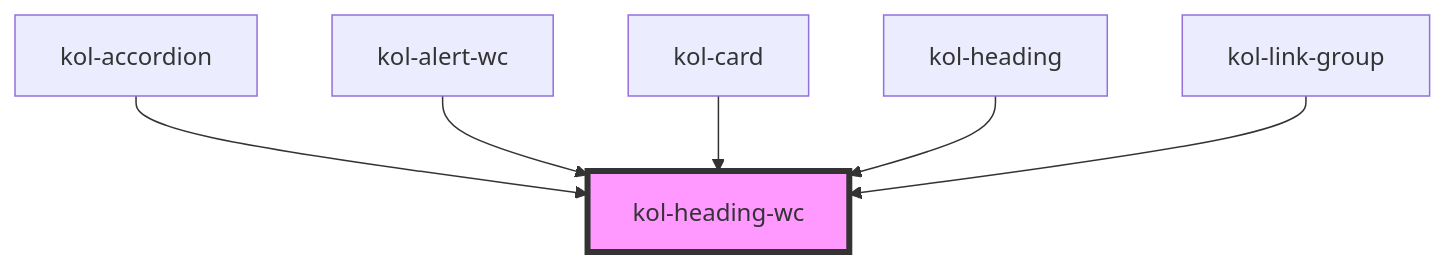
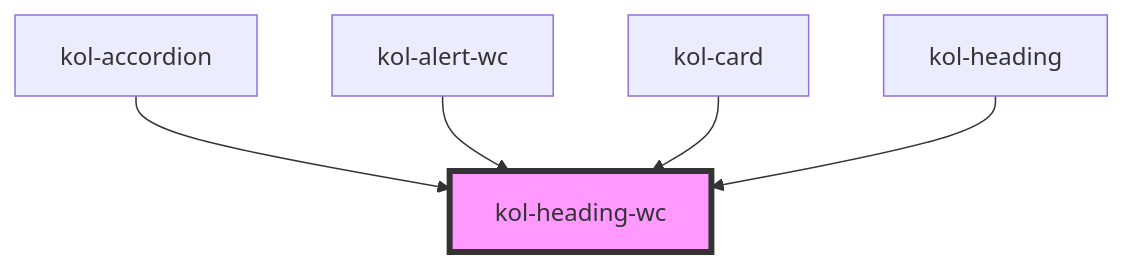
One commit to public-ui/kolibri changed the diagram in packages/components/src/components/heading/readme.md. Above: the diagram before and after it, drawn with Mermaid. The commit also changed other lines of this file and 37 other files, not shown here.

````diff
--- a/packages/components/src/components/heading/readme.md
+++ b/packages/components/src/components/heading/readme.md
@@ -64,9 +63,8 @@
 ```mermaid
 graph TD;
   kol-accordion --> kol-heading-wc
   kol-alert-wc --> kol-heading-wc
   kol-card --> kol-heading-wc
   kol-heading --> kol-heading-wc
-  kol-link-group --> kol-heading-wc
   style kol-heading-wc fill:#f9f,stroke:#333,stroke-width:4px
 ```
````
